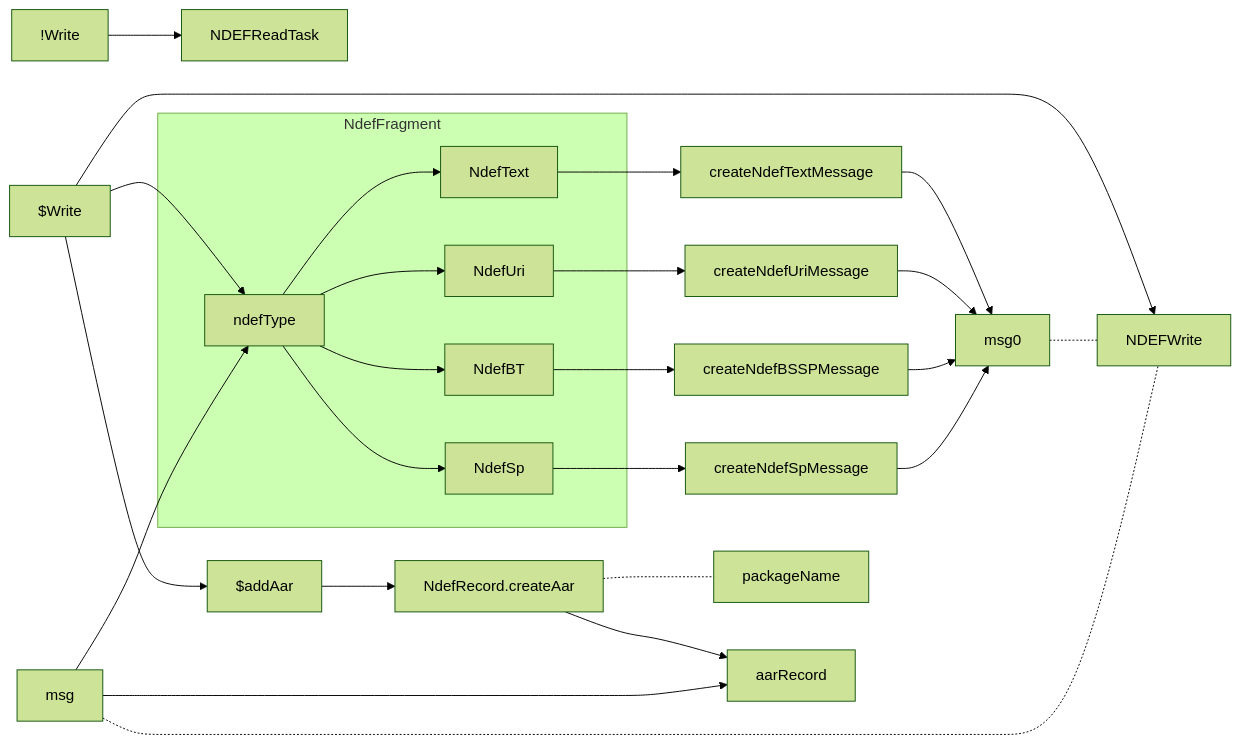
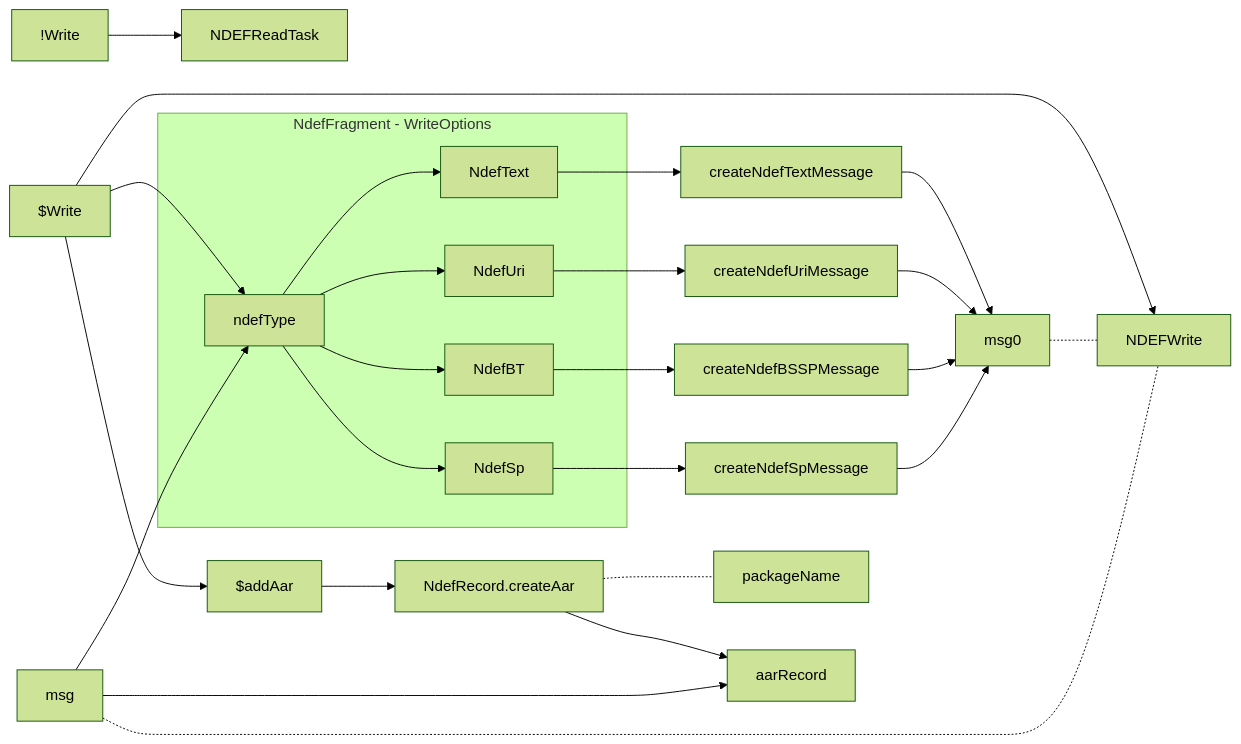
Before and after one commit to gordianknotC/nxp_note: the diagram in nxp/Demo.md, drawn with Mermaid (forest theme). The commit also changed other lines of this file, not shown here.

````diff
--- a/nxp/Demo.md
+++ b/nxp/Demo.md
@@ -7,44 +7,44 @@
 ``` mermaid
 graph LR
  
 $Write
 !Write
 $addAar
 
-subgraph NdefFragment
+subgraph NdefFragment - WriteOptions
 	NdefText
 	NdefUri
 	NdefBT
 	NdefSp
 	ndefType
 end
 
 msg --> ndefType
 $Write --> NDEFWrite
 $Write --> ndefType
 $Write --> $addAar
 !Write --> NDEFReadTask
 
 ndefType --> NdefText
 ndefType --> NdefUri
 ndefType --> NdefBT
 ndefType --> NdefSp
 
 NdefText --> createNdefTextMessage
 NdefUri --> createNdefUriMessage
 NdefBT --> createNdefBSSPMessage
 NdefSp --> createNdefSpMessage
 createNdefTextMessage --> msg0
 createNdefUriMessage --> msg0
 createNdefBSSPMessage --> msg0
 createNdefSpMessage --> msg0
 
 $addAar --> NdefRecord.createAar
 NdefRecord.createAar -.- packageName
 NdefRecord.createAar --> aarRecord
 
 msg --> aarRecord
 msg -.- NDEFWrite
 msg0 -.- NDEFWrite
 
 ```
````
